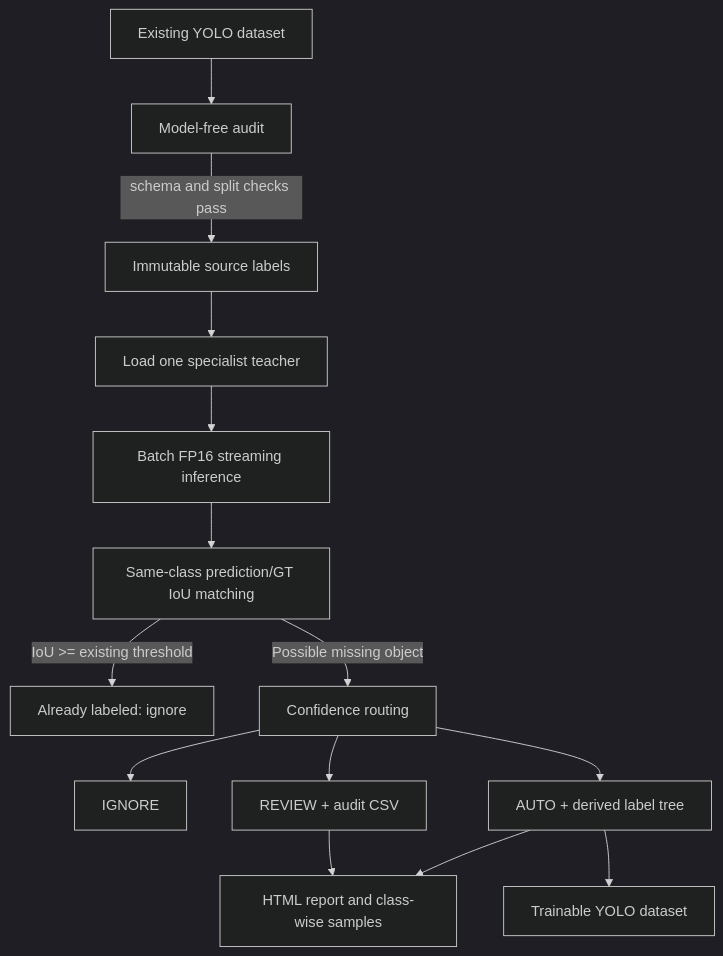
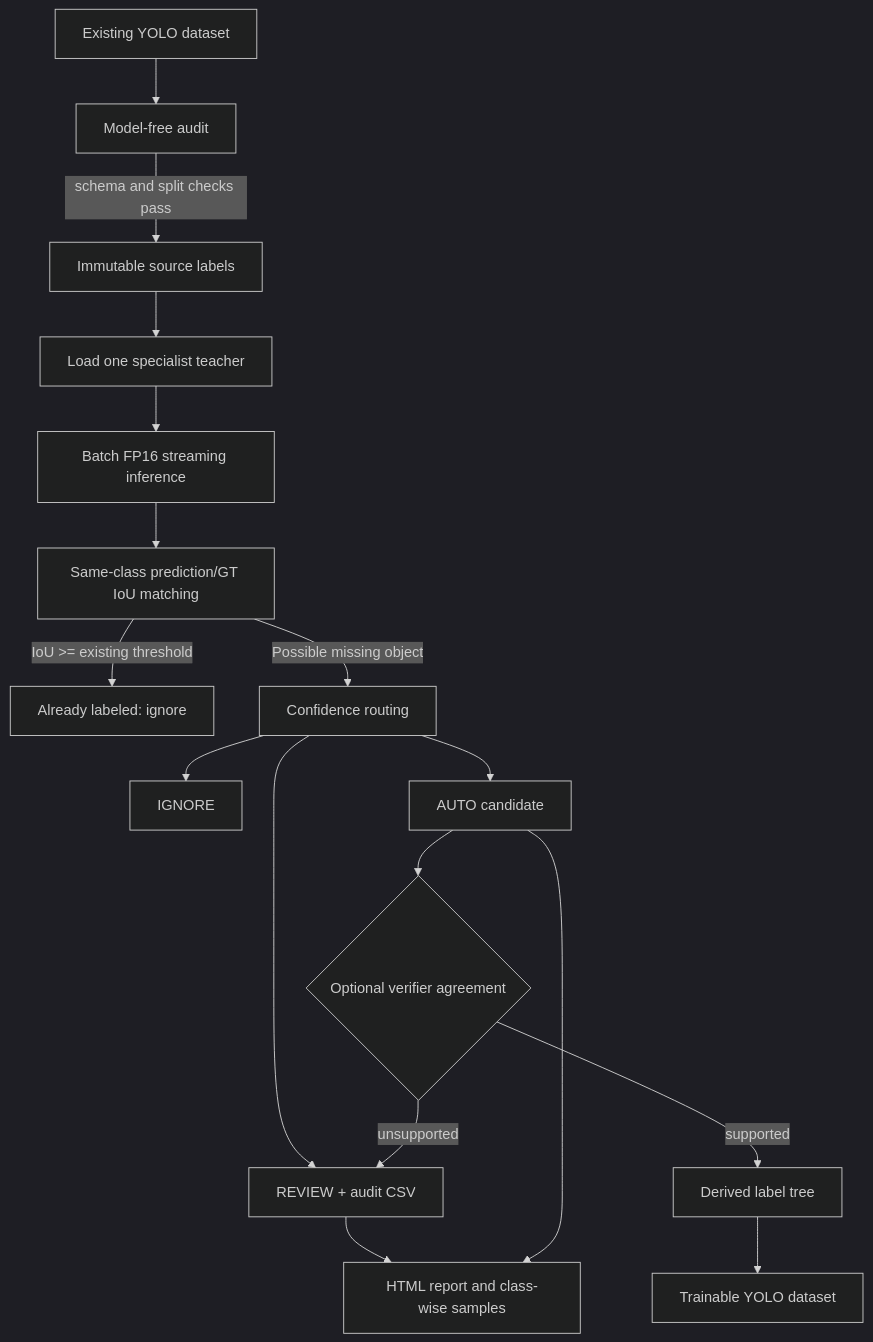
The diagram in README.md (jiapengLi11/yolo-label-recovery), drawn with Mermaid (dark theme) before and after one commit. The commit also changed other lines of this file and 27 other files, not shown here.

````diff
--- a/README.md
+++ b/README.md
@@ -50,16 +56,19 @@
 ```mermaid
 flowchart TD
     A["Existing YOLO dataset"] --> Q["Model-free audit"]
     Q -->|"schema and split checks pass"| B["Immutable source labels"]
     B --> C["Load one specialist teacher"]
     C --> D["Batch FP16 streaming inference"]
     D --> E["Same-class prediction/GT IoU matching"]
     E -->|"IoU >= existing threshold"| F["Already labeled: ignore"]
     E -->|"Possible missing object"| G["Confidence routing"]
     G --> H["IGNORE"]
     G --> I["REVIEW + audit CSV"]
-    G --> J["AUTO + derived label tree"]
-    J --> K["Trainable YOLO dataset"]
+    G --> J["AUTO candidate"]
+    J --> M{"Optional verifier agreement"}
+    M -->|"supported"| K["Derived label tree"]
+    M -->|"unsupported"| I
+    K --> N["Trainable YOLO dataset"]
     I --> L["HTML report and class-wise samples"]
     J --> L
 ```
````
